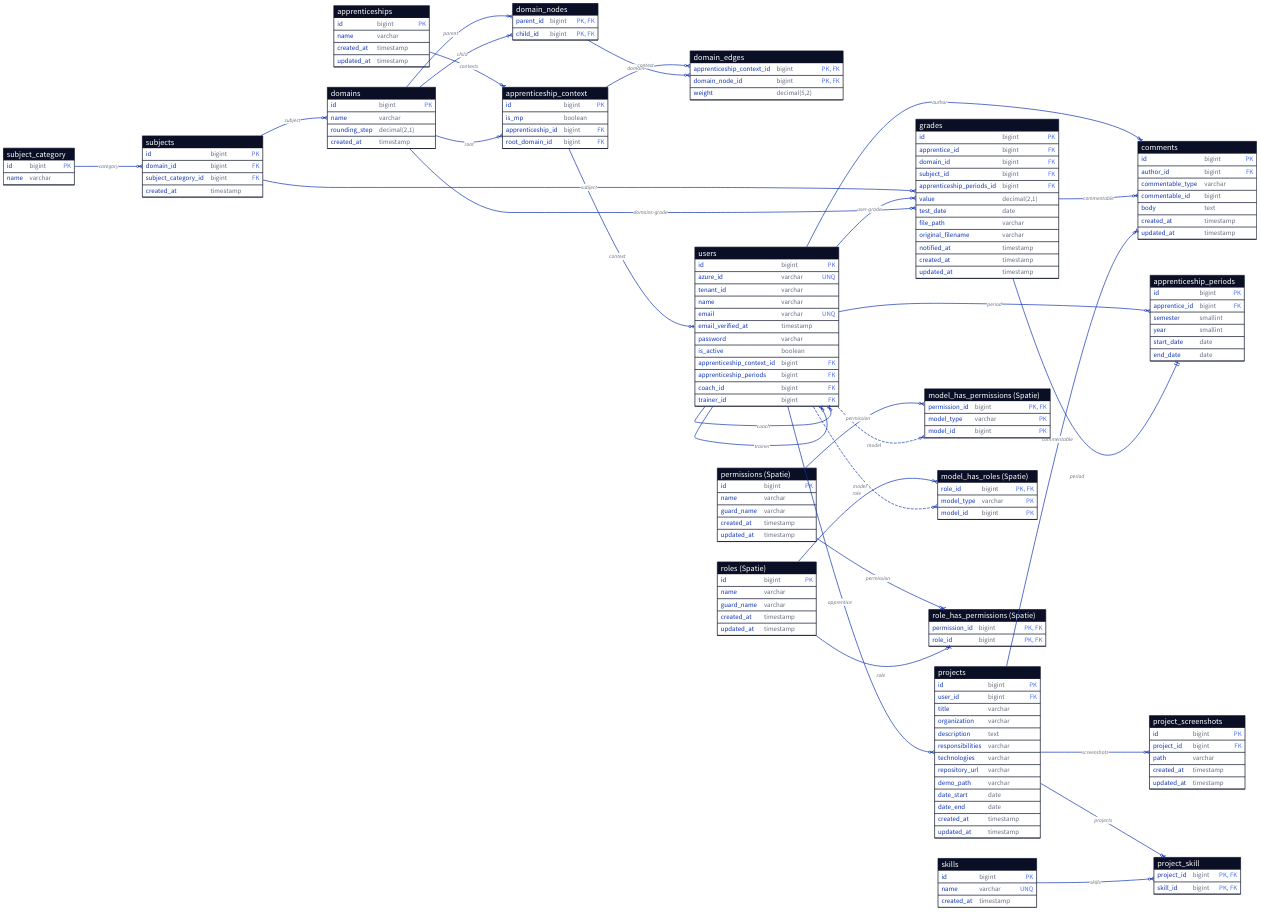
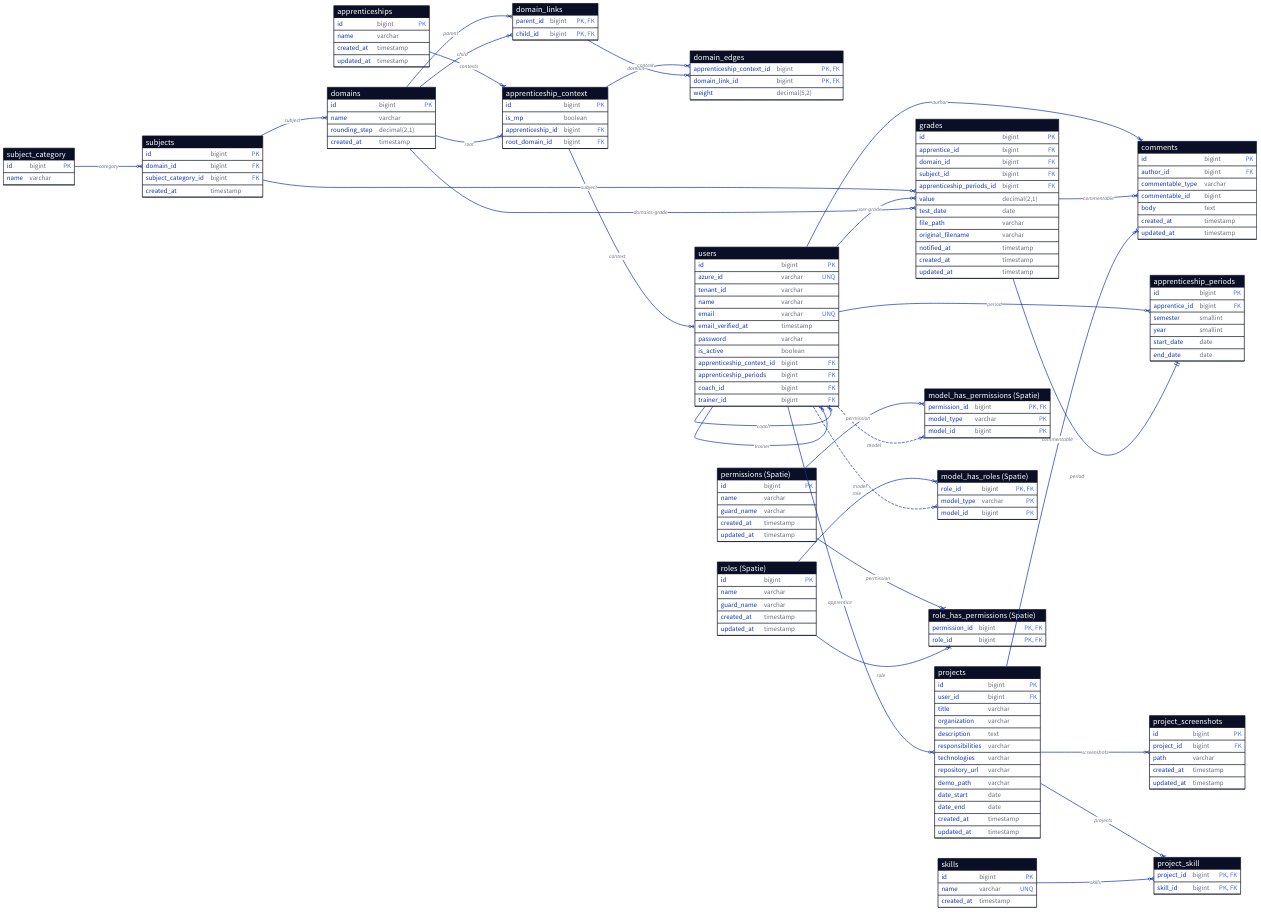
Before and after one commit to jobtrek/apprentice-cursus: the diagram in docs/db/schemas/mcd_current.d2, drawn with D2. The commit also changed 2 other files, not shown here.

Commit message:
refactor: change evaluation_nodes_connections
- Rename to domain_links
- Adapt documentation for the new chosen name

```diff
--- a/docs/db/schemas/mcd_current.d2
+++ b/docs/db/schemas/mcd_current.d2
@@ -8,7 +8,7 @@
   created_at: timestamp
 }
 
-domain_nodes: {
+domain_links: {
   shape: sql_table
   parent_id: bigint {constraint: [primary_key; foreign_key]}
   child_id: bigint {constraint: [primary_key; foreign_key]}
@@ -17,7 +17,7 @@
 domain_edges: {
   shape: sql_table
   apprenticeship_context_id: bigint {constraint: [primary_key; foreign_key]}
-  domain_node_id: bigint {constraint: [primary_key; foreign_key]}
+  domain_link_id: bigint {constraint: [primary_key; foreign_key]}
   weight: "decimal(5,2)"
 }
 
@@ -201,17 +201,17 @@
   target-arrowhead: {shape: cf-many}
 }
 
-domain_nodes -> domain_edges: domain {
+domain_links -> domain_edges: domain {
   source-arrowhead: {shape: cf-one-required}
   target-arrowhead: {shape: cf-many}
 }
 
-domains -> domain_nodes: parent {
+domains -> domain_links: parent {
   source-arrowhead: {shape: cf-one-required}
   target-arrowhead: {shape: cf-many}
 }
 
-domains -> domain_nodes: child {
+domains -> domain_links: child {
   source-arrowhead: {shape: cf-one-required}
   target-arrowhead: {shape: cf-many}
 }
```
